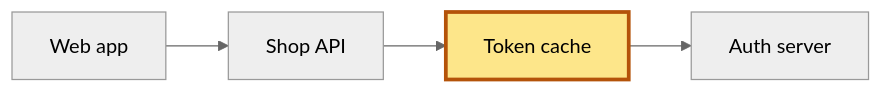
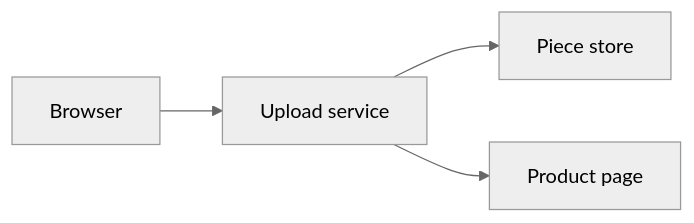
Before and after one commit to junrillg/grasp: the diagram in tests/fixtures/pages/example-issue-page.md, drawn with Mermaid (neutral theme). The commit also changed other lines of this file and 14 other files, not shown here.

````diff
--- a/tests/fixtures/pages/example-issue-page.md
+++ b/tests/fixtures/pages/example-issue-page.md
@@ -20,5 +34,6 @@
 ```mermaid
 flowchart LR
-  UI["Web app"] --> API["Shop API"] --> Cache["Token cache"] --> Auth["Auth server"]
-  style Cache fill:#fde68a,stroke:#b45309,stroke-width:3px
+  B["Browser"] --> S["Upload service"]
+  S --> P["Piece store"]
+  S --> C["Product page"]
 ```
````
